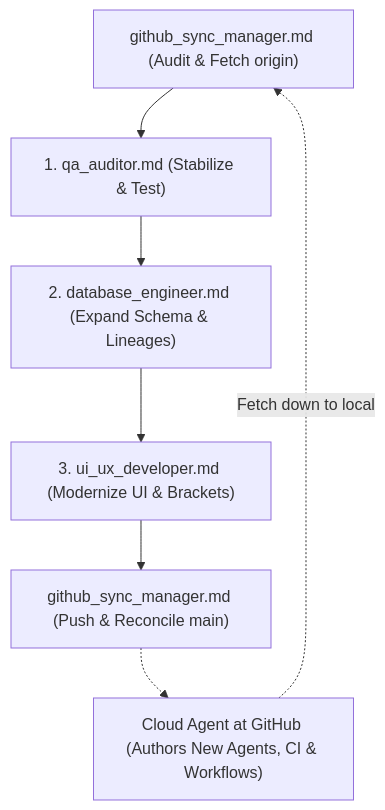
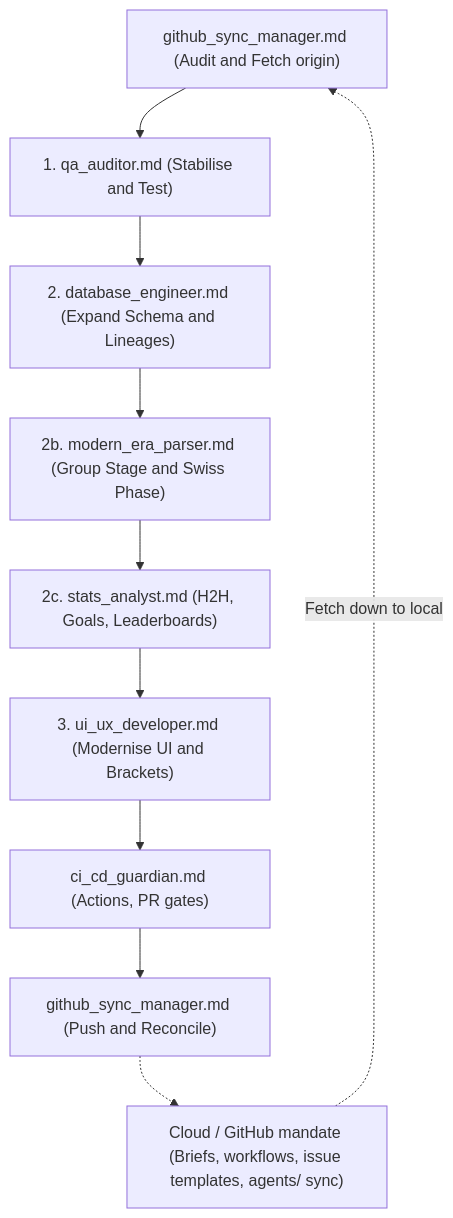
Before and after one commit to hawkers63/European-Football-Database: the diagram in agents/README.md, drawn with Mermaid. The commit also changed other lines of this file and 7 other files, not shown here.

Commit message:
Add GitHub agent briefs, issue template, and database verify workflow.

````diff
--- a/agents/README.md
+++ b/agents/README.md
@@ -20,9 +23,12 @@
 ```mermaid
 graph TD
-    SyncPre["github_sync_manager.md (Audit & Fetch origin)"] --> QA["1. qa_auditor.md (Stabilize & Test)"]
-    QA --> DB["2. database_engineer.md (Expand Schema & Lineages)"]
-    DB --> UI["3. ui_ux_developer.md (Modernize UI & Brackets)"]
-    UI --> SyncPost["github_sync_manager.md (Push & Reconcile main)"]
-    SyncPost -.-> CloudAgent["Cloud Agent at GitHub (Authors New Agents, CI & Workflows)"]
+    SyncPre["github_sync_manager.md (Audit and Fetch origin)"] --> QA["1. qa_auditor.md (Stabilise and Test)"]
+    QA --> DB["2. database_engineer.md (Expand Schema and Lineages)"]
+    DB --> Parser["2b. modern_era_parser.md (Group Stage and Swiss Phase)"]
+    Parser --> Stats["2c. stats_analyst.md (H2H, Goals, Leaderboards)"]
+    Stats --> UI["3. ui_ux_developer.md (Modernise UI and Brackets)"]
+    UI --> CICD["ci_cd_guardian.md (Actions, PR gates)"]
+    CICD --> SyncPost["github_sync_manager.md (Push and Reconcile)"]
+    SyncPost -.-> CloudAgent["Cloud / GitHub mandate (Briefs, workflows, issue templates, agents/ sync)"]
     CloudAgent -.->|Fetch down to local| SyncPre
 ```
````
